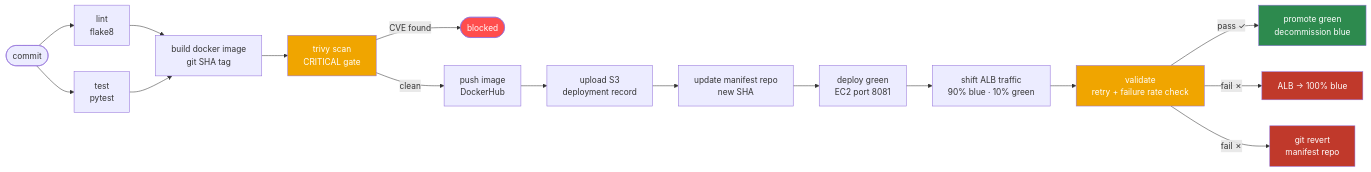
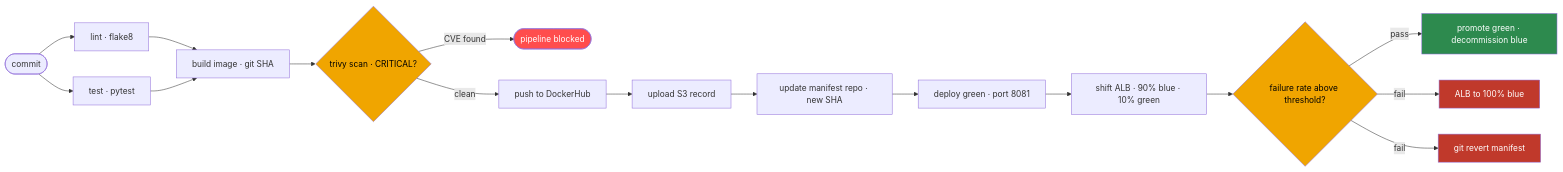
The second of 2 diagrams in README.md (VeeraReddyRavuri/secure-cicd-gitops-pipeline), drawn with Mermaid before and after one commit. The commit also changed other lines of this file and 8 other files, not shown here.

````diff
--- a/README.md
+++ b/README.md
@@ -106,29 +99,29 @@
 ```mermaid
 flowchart LR
-    COMMIT([commit]) --> LINT[lint\nflake8]
-    COMMIT --> TEST[test\npytest]
+    COMMIT([commit]) --> LINT[lint · flake8]
+    COMMIT --> TEST[test · pytest]
 
-    LINT --> BUILD[build docker image\ngit SHA tag]
+    LINT --> BUILD[build image · git SHA]
     TEST --> BUILD
 
-    BUILD --> SCAN[trivy scan\nCRITICAL gate]
-    SCAN -->|CVE found| BLOCKED([blocked])
-    SCAN -->|clean| PUSH[push image\nDockerHub]
+    BUILD --> SCAN{trivy scan · CRITICAL?}
+    SCAN -->|CVE found| BLOCKED([pipeline blocked])
+    SCAN -->|clean| PUSH[push to DockerHub]
 
-    PUSH --> S3[upload S3\ndeployment record]
-    S3 --> MANIFEST[update manifest repo\nnew SHA]
-    MANIFEST --> GREEN[deploy green\nEC2 port 8081]
-    GREEN --> ALB[shift ALB traffic\n90% blue · 10% green]
-    ALB --> VAL[validate\nretry + failure rate check]
+    PUSH --> S3[upload S3 record]
+    S3 --> MANIFEST[update manifest repo · new SHA]
+    MANIFEST --> GREEN[deploy green · port 8081]
+    GREEN --> ALB[shift ALB · 90% blue · 10% green]
+    ALB --> VAL{failure rate above threshold?}
 
-    VAL -->|pass ✓| PROMOTE[promote green\ndecommission blue]
-    VAL -->|fail ✗| RB1[ALB → 100% blue]
-    VAL -->|fail ✗| RB2[git revert\nmanifest repo]
+    VAL -->|pass| PROMOTE[promote green · decommission blue]
+    VAL -->|fail| RB1[ALB to 100% blue]
+    VAL -->|fail| RB2[git revert manifest]
 
     style BLOCKED fill:#ff4d4d,color:#fff
     style PROMOTE fill:#2d8a4e,color:#fff
     style RB1 fill:#c0392b,color:#fff
     style RB2 fill:#c0392b,color:#fff
-    style SCAN fill:#f0a500,color:#fff
-    style VAL fill:#f0a500,color:#fff
+    style SCAN fill:#f0a500,color:#000
+    style VAL fill:#f0a500,color:#000
 ```
````
